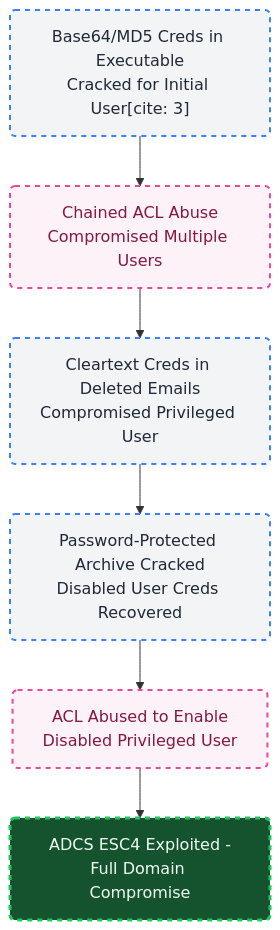
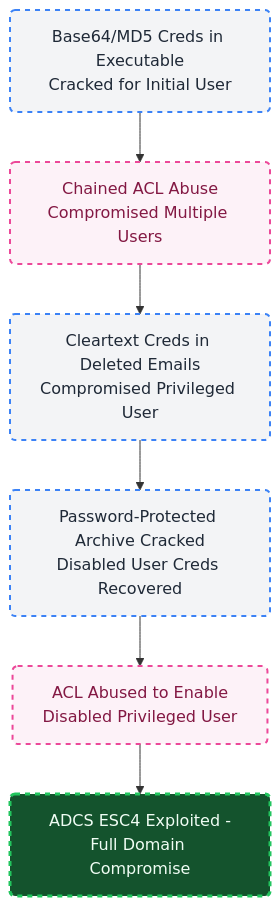
Before and after one commit to dact91/CTF-Writeups: the diagram in 404bank_HackSmarter/404-bank.md, drawn with Mermaid.

````diff
--- a/404bank_HackSmarter/404-bank.md
+++ b/404bank_HackSmarter/404-bank.md
@@ -15,18 +15,18 @@
 ```mermaid
 graph TD
-    A["Base64/MD5 Creds in Executable<br>Cracked for Initial User[cite: 3]"] --> B["Chained ACL Abuse<br>Compromised Multiple Users"]
+    A["Base64/MD5 Creds in Executable<br>Cracked for Initial User"] --> B["Chained ACL Abuse<br>Compromised Multiple Users"]
     B --> C["Cleartext Creds in Deleted Emails<br>Compromised Privileged User"]
     C --> D["Password-Protected Archive Cracked<br>Disabled User Creds Recovered"]
     D --> E["ACL Abused to Enable<br>Disabled Privileged User"]
     E --> F["ADCS ESC4 Exploited -<br>Full Domain Compromise"]
 
     %% Custom Color Scheme
     classDef recon fill:#f3f4f6,stroke:#3b82f6,stroke-width:2px,color:#1f2937,rx:5,ry:5;
     classDef exploit fill:#fdf2f8,stroke:#ec4899,stroke-width:2px,color:#831843,rx:5,ry:5;
     classDef root fill:#14532d,stroke:#22c55e,stroke-width:3px,color:#f0fdf4,stroke-dasharray: 5 5,rx:5,ry:5;
 
     %% Assigning Classes
     class A,C,D recon;
     class B,E exploit;
     class F root;
 ```
````
